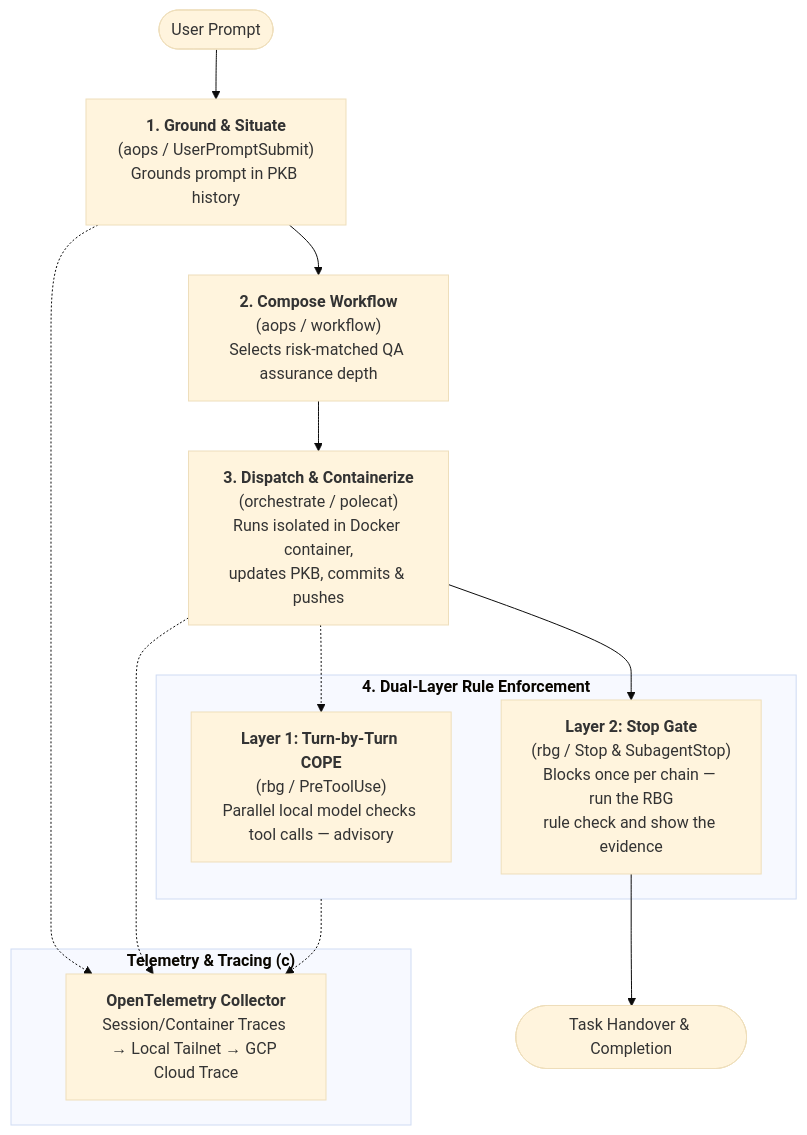
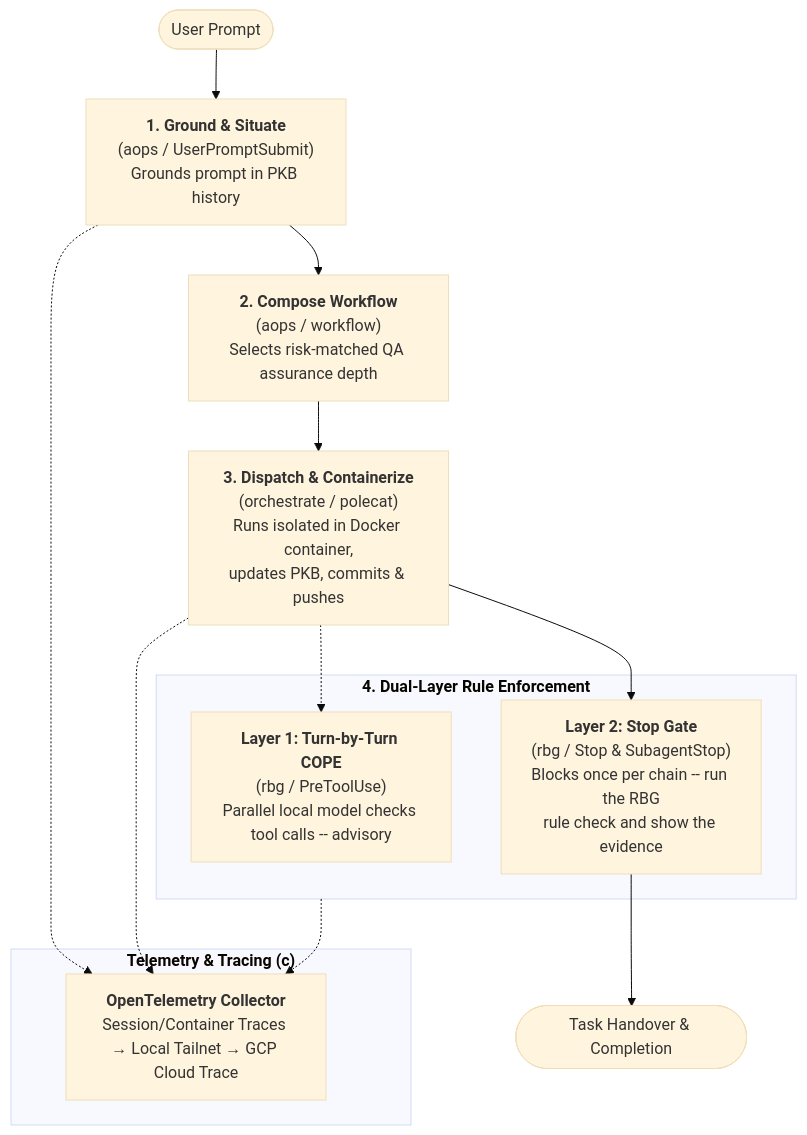
One commit to nicsuzor/academicOps changed the diagram in README.md. Above: the diagram before and after it, drawn with Mermaid (base theme). The commit also changed other lines of this file and 365 other files, not shown here.

````diff
--- a/README.md
+++ b/README.md
@@ -14,23 +14,23 @@
 ```mermaid
 flowchart TD
     U([User Prompt]) --> P1["<b>1. Ground & Situate</b><br/>(aops / UserPromptSubmit)<br/>Grounds prompt in PKB history"]
     P1 --> P2["<b>2. Compose Workflow</b><br/>(aops / workflow)<br/>Selects risk-matched QA assurance depth"]
     P2 --> P3["<b>3. Dispatch & Containerize</b><br/>(orchestrate / polecat)<br/>Runs isolated in Docker container,<br/>updates PKB, commits & pushes"]
     
     subgraph Enforcement["<b>4. Dual-Layer Rule Enforcement</b>"]
-        E1["<b>Layer 1: Turn-by-Turn COPE</b><br/>(rbg / PreToolUse)<br/>Parallel local model checks tool calls — advisory"]
-        E2["<b>Layer 2: Stop Gate</b><br/>(rbg / Stop & SubagentStop)<br/>Blocks once per chain — run the RBG<br/>rule check and show the evidence"]
+        E1["<b>Layer 1: Turn-by-Turn COPE</b><br/>(rbg / PreToolUse)<br/>Parallel local model checks tool calls -- advisory"]
+        E2["<b>Layer 2: Stop Gate</b><br/>(rbg / Stop & SubagentStop)<br/>Blocks once per chain -- run the RBG<br/>rule check and show the evidence"]
     end
 
     P3 -.-> E1
     P3 --> E2
     E2 --> F([Task Handover & Completion])
 
     subgraph Tracing["<b>Telemetry & Tracing (c)</b>"]
         OTEL["<b>OpenTelemetry Collector</b><br/>Session/Container Traces → Local Tailnet → GCP Cloud Trace"]
     end
 
     P1 -.-> OTEL
     P3 -.-> OTEL
     Enforcement -.-> OTEL
 ```
````
